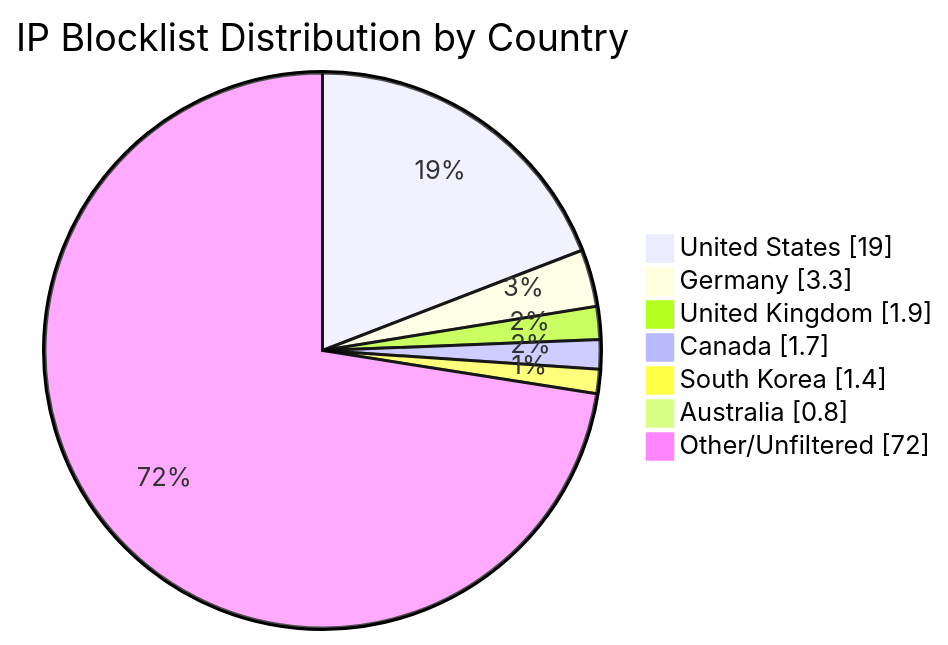
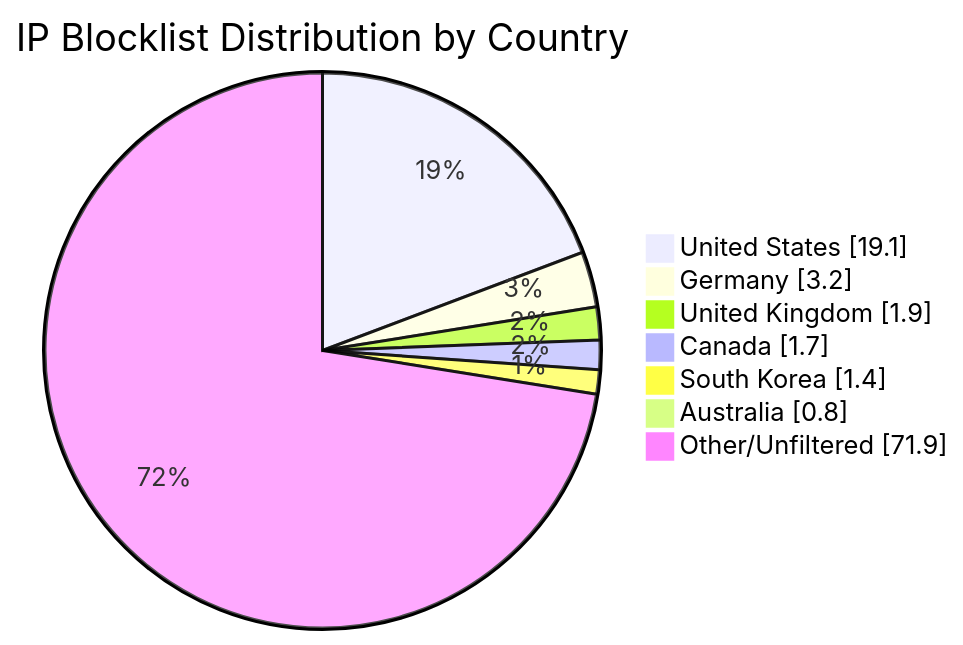
The diagram in README.md (MarcusHoltz/ipblocklist-geofiltered-aggregator), drawn with Mermaid before and after one commit. The commit also changed other lines of this file and 9 other files, not shown here.

````diff
--- a/README.md
+++ b/README.md
@@ -34,10 +34,10 @@
 ```mermaid
 pie showData title IP Blocklist Distribution by Country
-"United States" : 19.0
-"Germany" : 3.3
+"United States" : 19.1
+"Germany" : 3.2
 "United Kingdom" : 1.9
 "Canada" : 1.7
 "South Korea" : 1.4
 "Australia" : 0.8
-"Other/Unfiltered" : 72.0
+"Other/Unfiltered" : 71.9
 ```
````
